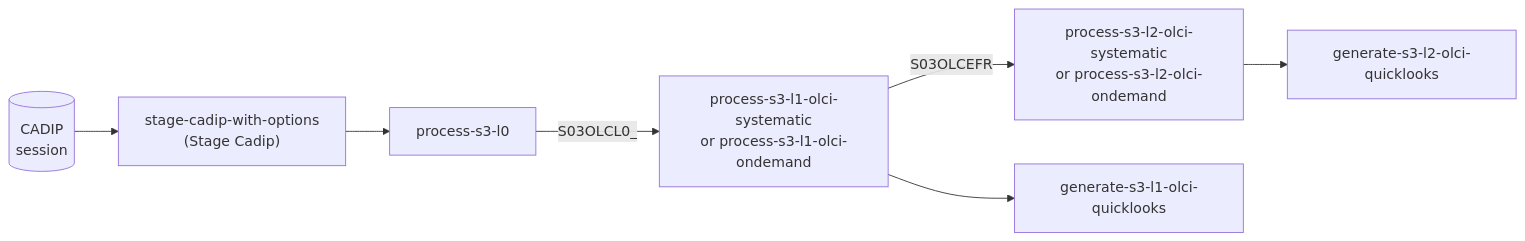
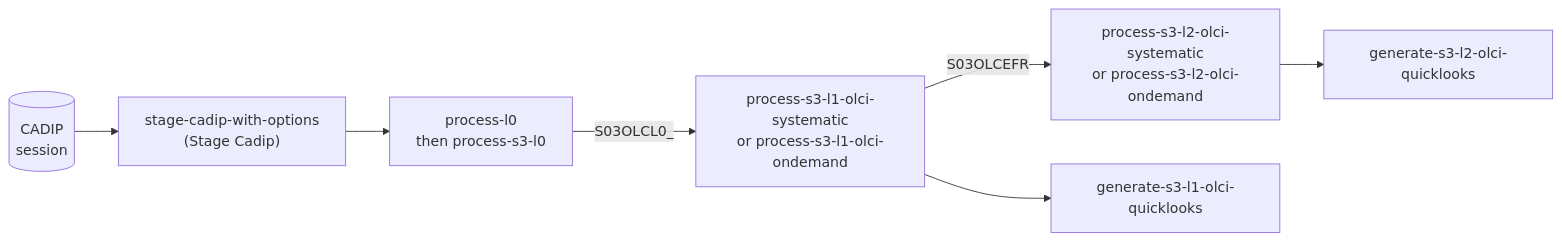
One commit to RS-PYTHON/rs-client-libraries changed the diagram in docs/doc/flows/sentinel3-flows.md. Above: the diagram before and after it, drawn with Mermaid. The commit also changed other lines of this file and 33 other files, not shown here.

````diff
--- a/docs/doc/flows/sentinel3-flows.md
+++ b/docs/doc/flows/sentinel3-flows.md
@@ -6,13 +6,13 @@
 ```mermaid
 flowchart LR
     cadip[("CADIP<br/>session")]
     stage["stage-cadip-with-options<br/>(Stage Cadip)"]
-    l0["process-s3-l0"]
+    l0["process-l0<br/>then process-s3-l0"]
     l1["process-s3-l1-olci-systematic<br/>or process-s3-l1-olci-ondemand"]
     l2["process-s3-l2-olci-systematic<br/>or process-s3-l2-olci-ondemand"]
     ql1["generate-s3-l1-olci-quicklooks"]
     ql2["generate-s3-l2-olci-quicklooks"]
     cadip --> stage --> l0 -->|"S03OLCL0_"| l1 -->|"S03OLCEFR"| l2
     l1 --> ql1
     l2 --> ql2
 ```
````
